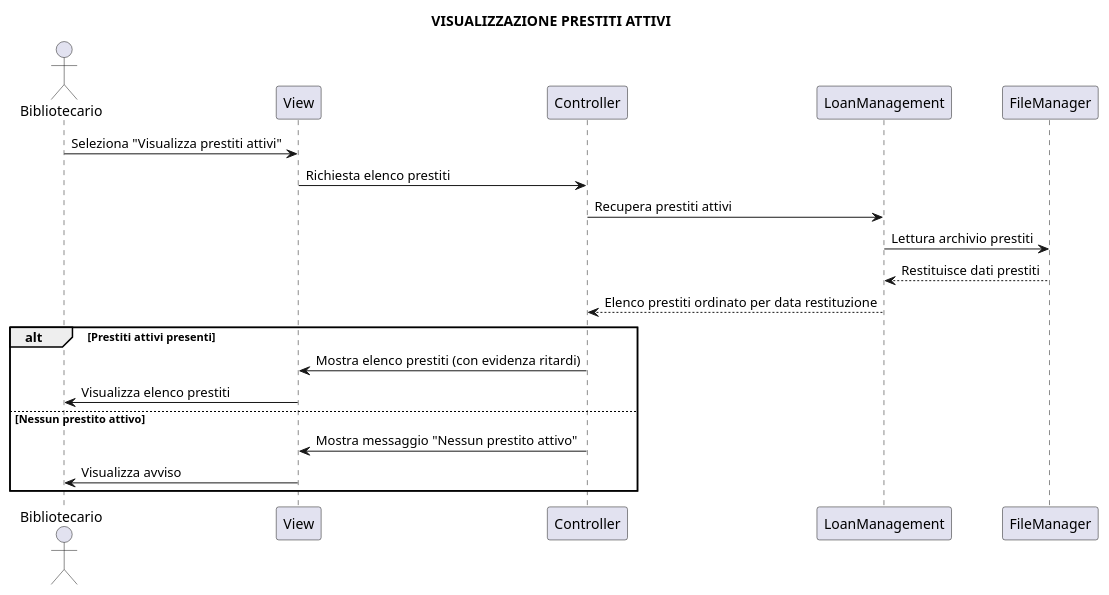
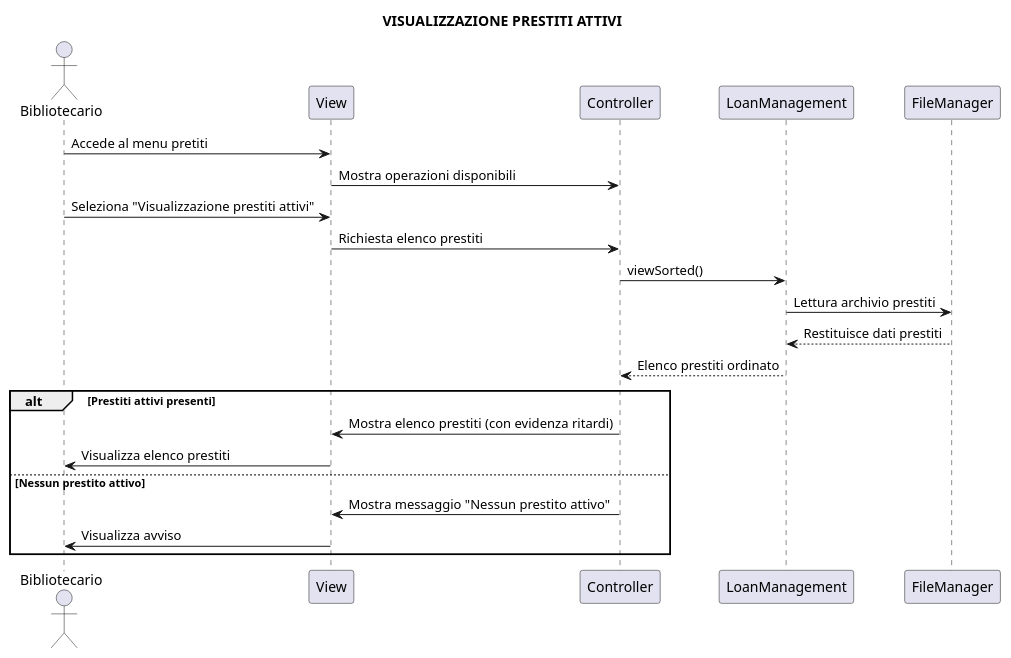
One commit to brunooliva7/Project-Ingegneria-del-Software14 changed the diagram in gruppo14BibliotecaUniversitaria/uml/VisualizzazionePrestito.puml. Above: the diagram before and after it, drawn with PlantUML. The commit also changed other lines of this file and 18 other files, not shown here.

```diff
--- a/gruppo14BibliotecaUniversitaria/uml/VisualizzazionePrestito.puml
+++ b/gruppo14BibliotecaUniversitaria/uml/VisualizzazionePrestito.puml
@@ -1,24 +1,26 @@
 @startuml
 title VISUALIZZAZIONE PRESTITI ATTIVI
 
 actor Bibliotecario
 participant View
 participant Controller
 participant LoanManagement
 participant FileManager
 
-Bibliotecario -> View: Seleziona "Visualizza prestiti attivi"
+Bibliotecario -> View: Accede al menu pretiti
+View -> Controller: Mostra operazioni disponibili
+Bibliotecario -> View: Seleziona "Visualizzazione prestiti attivi"
 View -> Controller: Richiesta elenco prestiti
-Controller -> LoanManagement: Recupera prestiti attivi
+Controller -> LoanManagement: viewSorted()
 LoanManagement -> FileManager: Lettura archivio prestiti
 FileManager --> LoanManagement: Restituisce dati prestiti
-LoanManagement --> Controller: Elenco prestiti ordinato per data restituzione
+LoanManagement --> Controller: Elenco prestiti ordinato
 
 alt Prestiti attivi presenti
     Controller -> View: Mostra elenco prestiti (con evidenza ritardi)
     View -> Bibliotecario: Visualizza elenco prestiti
 else Nessun prestito attivo
     Controller -> View: Mostra messaggio "Nessun prestito attivo"
     View -> Bibliotecario: Visualizza avviso
 end
 @enduml
```
